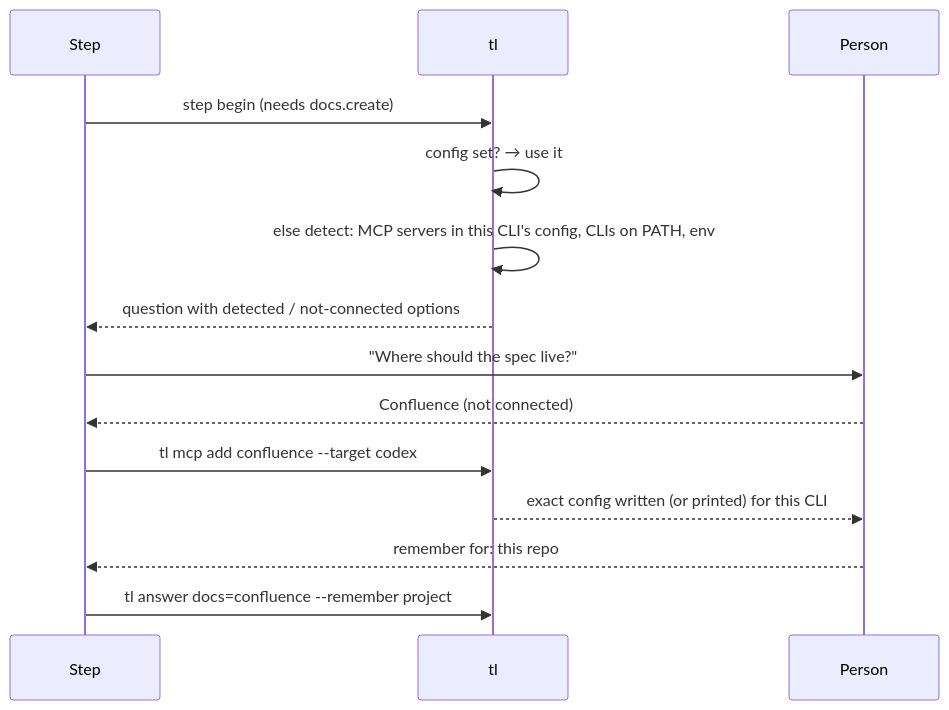
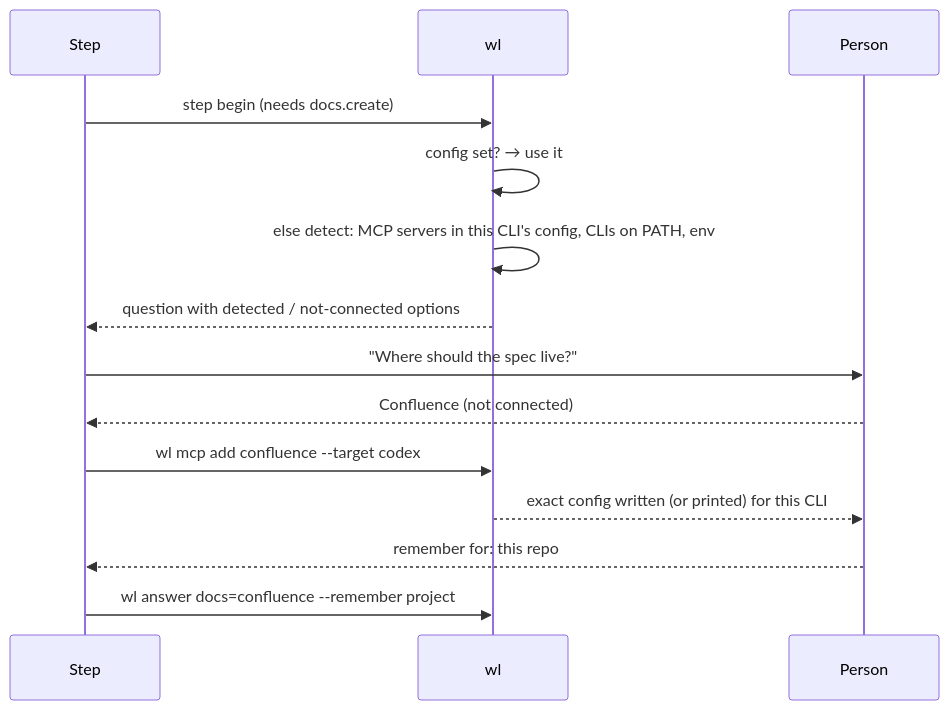
One commit to dreamingechoes/wholeloop changed the second of 2 diagrams in docs/configuration/providers.md. Above: the diagram before and after it, drawn with Mermaid. The commit also changed other lines of this file and 61 other files, not shown here.

````diff
--- a/docs/configuration/providers.md
+++ b/docs/configuration/providers.md
@@ -100,16 +100,16 @@
 ```mermaid
 sequenceDiagram
   participant S as Step
-  participant TL as tl
+  participant TL as wl
   participant P as Person
   S->>TL: step begin (needs docs.create)
   TL->>TL: config set? → use it
   TL->>TL: else detect: MCP servers in this CLI's config, CLIs on PATH, env
   TL-->>S: question with detected / not-connected options
   S->>P: "Where should the spec live?"
   P-->>S: Confluence (not connected)
-  S->>TL: tl mcp add confluence --target codex
+  S->>TL: wl mcp add confluence --target codex
   TL-->>P: exact config written (or printed) for this CLI
   P-->>S: remember for: this repo
-  S->>TL: tl answer docs=confluence --remember project
+  S->>TL: wl answer docs=confluence --remember project
 ```
````
